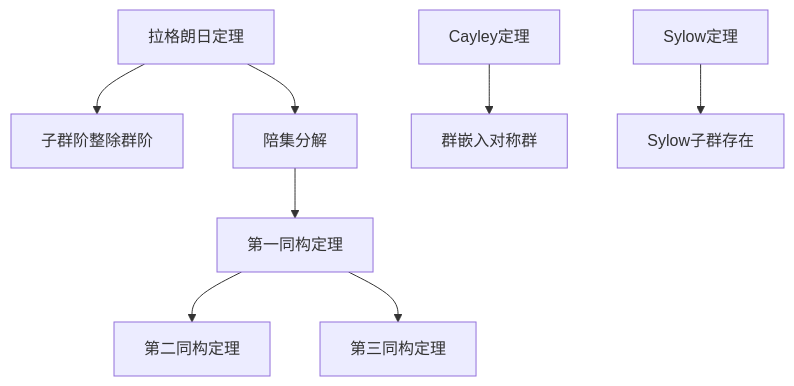
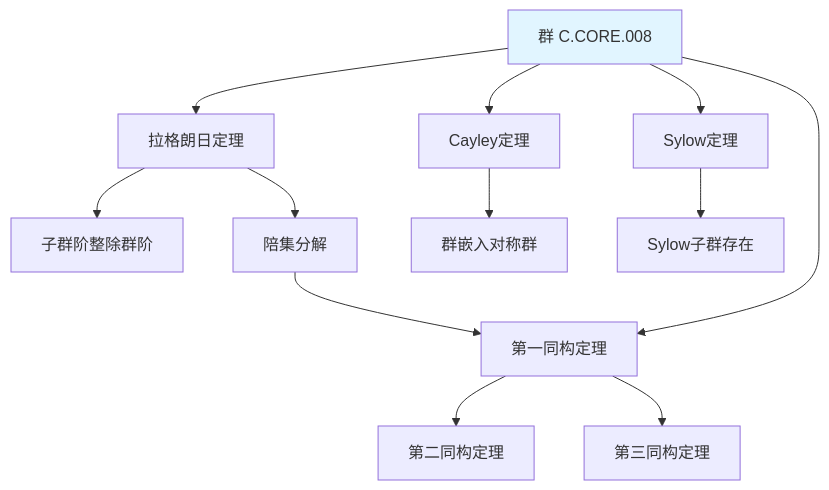
The third of 15 diagrams in concept/05-知识关联网络/02-定理级关联网络.md (AdaMartin18010/FormalMath), drawn with Mermaid before and after one commit. The commit also changed other lines of this file and 45 other files, not shown here.

````diff
--- a/concept/05-知识关联网络/02-定理级关联网络.md
+++ b/concept/05-知识关联网络/02-定理级关联网络.md
@@ -172,10 +188,16 @@
 ```mermaid
 graph TD
     A[拉格朗日定理] --> B[子群阶整除群阶]
     A --> C[陪集分解]
     C --> D[第一同构定理]
     D --> E[第二同构定理]
     D --> F[第三同构定理]
     G[Cayley定理] --> H[群嵌入对称群]
     I[Sylow定理] --> J[Sylow子群存在]
+    K[群 C.CORE.008] --> A
+    K --> D
+    K --> G
+    K --> I
+
+    style K fill:#e1f5ff
 ```
````
